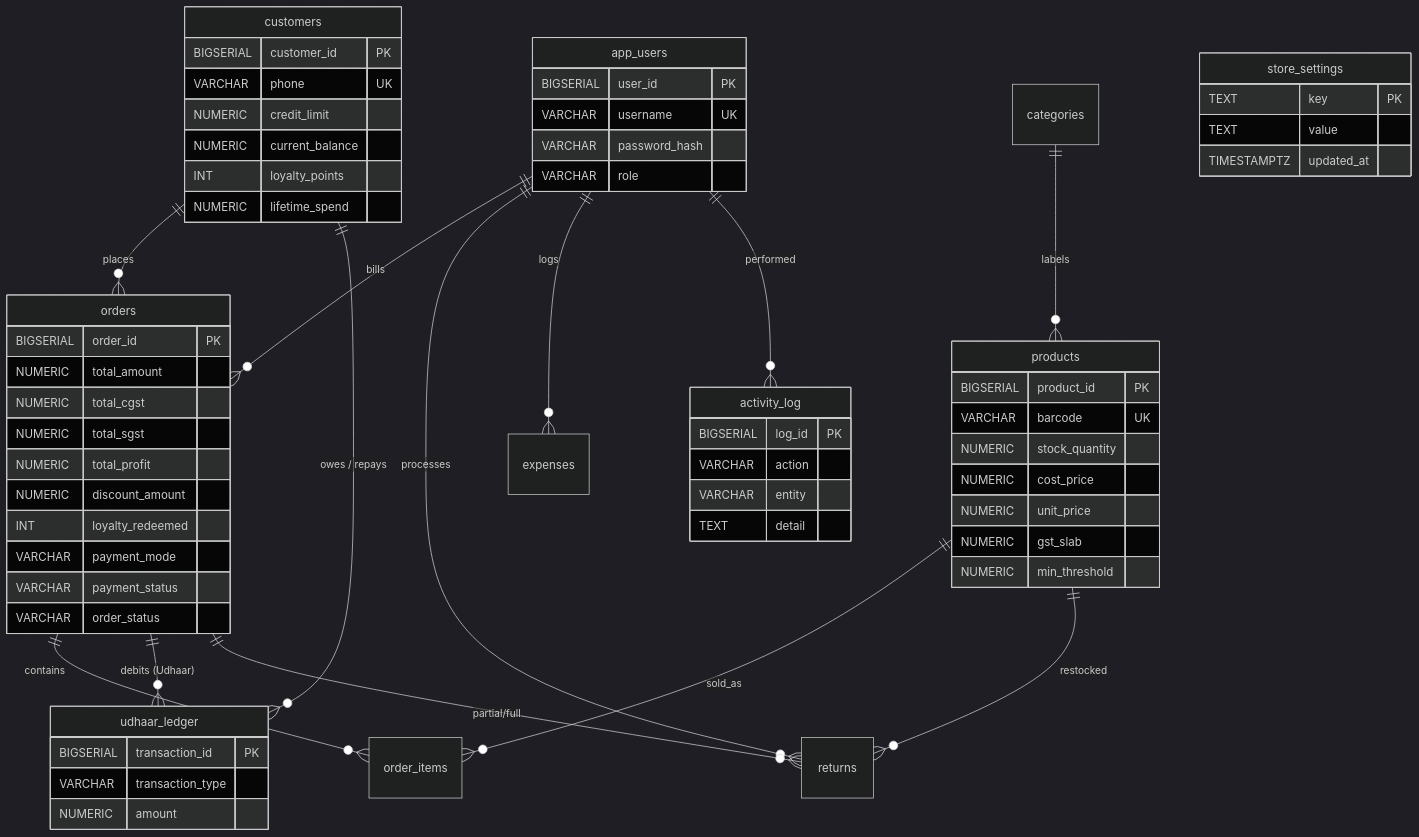
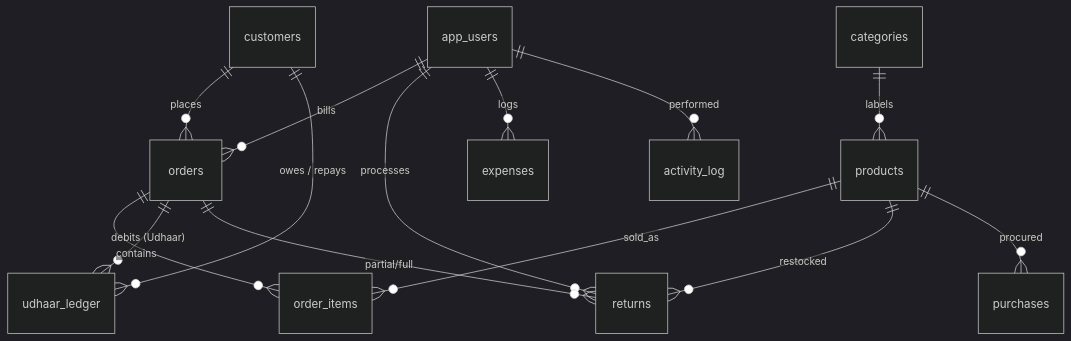
Before and after one commit to vipulverulkar/Indian-Kirana-Store: the sixth of 6 diagrams in docs/ARCHITECTURE.md, drawn with Mermaid (dark theme). The commit also changed other lines of this file and 13 other files, not shown here.

````diff
--- a/docs/ARCHITECTURE.md
+++ b/docs/ARCHITECTURE.md
@@ -144,66 +221,16 @@
 ```mermaid
 erDiagram
     app_users ||--o{ orders : bills
     app_users ||--o{ returns : processes
     app_users ||--o{ expenses : logs
+    app_users ||--o{ activity_log : performed
     customers ||--o{ orders : places
     customers ||--o{ udhaar_ledger : "owes / repays"
     orders ||--o{ order_items : contains
     orders ||--o{ udhaar_ledger : "debits (Udhaar)"
     orders ||--o{ returns : "partial/full"
     products ||--o{ order_items : sold_as
     products ||--o{ returns : restocked
+    products ||--o{ purchases : procured
     categories ||--o{ products : labels
-    app_users ||--o{ activity_log : performed
-    activity_log {
-        BIGSERIAL log_id PK
-        VARCHAR action
-        VARCHAR entity
-        TEXT detail
-    }
-    store_settings {
-        TEXT key PK
-        TEXT value
-        TIMESTAMPTZ updated_at
-    }
-    app_users {
-        BIGSERIAL user_id PK
-        VARCHAR username UK
-        VARCHAR password_hash
-        VARCHAR role
-    }
-    customers {
-        BIGSERIAL customer_id PK
-        VARCHAR phone UK
-        NUMERIC credit_limit
-        NUMERIC current_balance
-        INT loyalty_points
-        NUMERIC lifetime_spend
-    }
-    products {
-        BIGSERIAL product_id PK
-        VARCHAR barcode UK
-        NUMERIC stock_quantity
-        NUMERIC cost_price
-        NUMERIC unit_price
-        NUMERIC gst_slab
-        NUMERIC min_threshold
-    }
-    orders {
-        BIGSERIAL order_id PK
-        NUMERIC total_amount
-        NUMERIC total_cgst
-        NUMERIC total_sgst
-        NUMERIC total_profit
-        NUMERIC discount_amount
-        INT loyalty_redeemed
-        VARCHAR payment_mode
-        VARCHAR payment_status
-        VARCHAR order_status
-    }
-    udhaar_ledger {
-        BIGSERIAL transaction_id PK
-        VARCHAR transaction_type
-        NUMERIC amount
-    }
 ```
````
